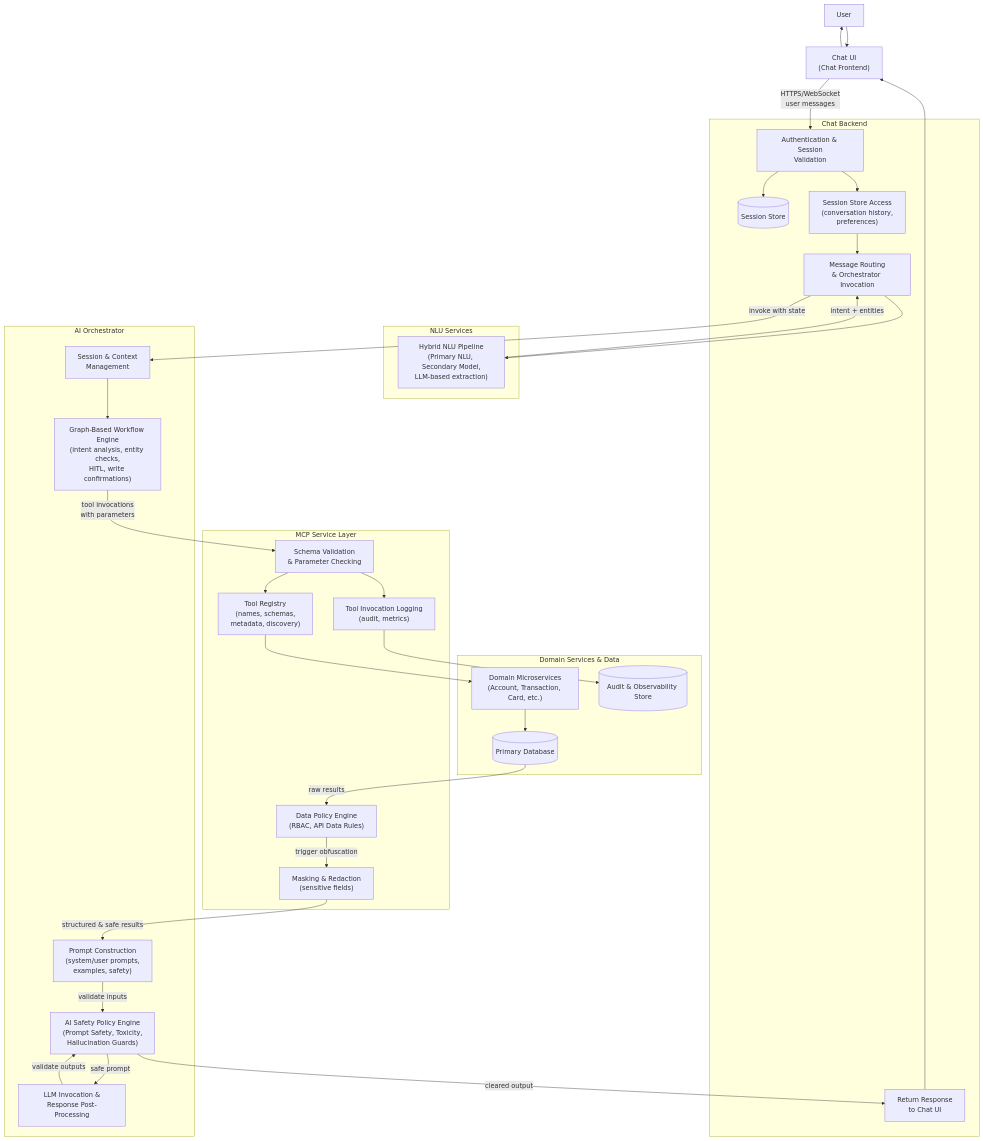
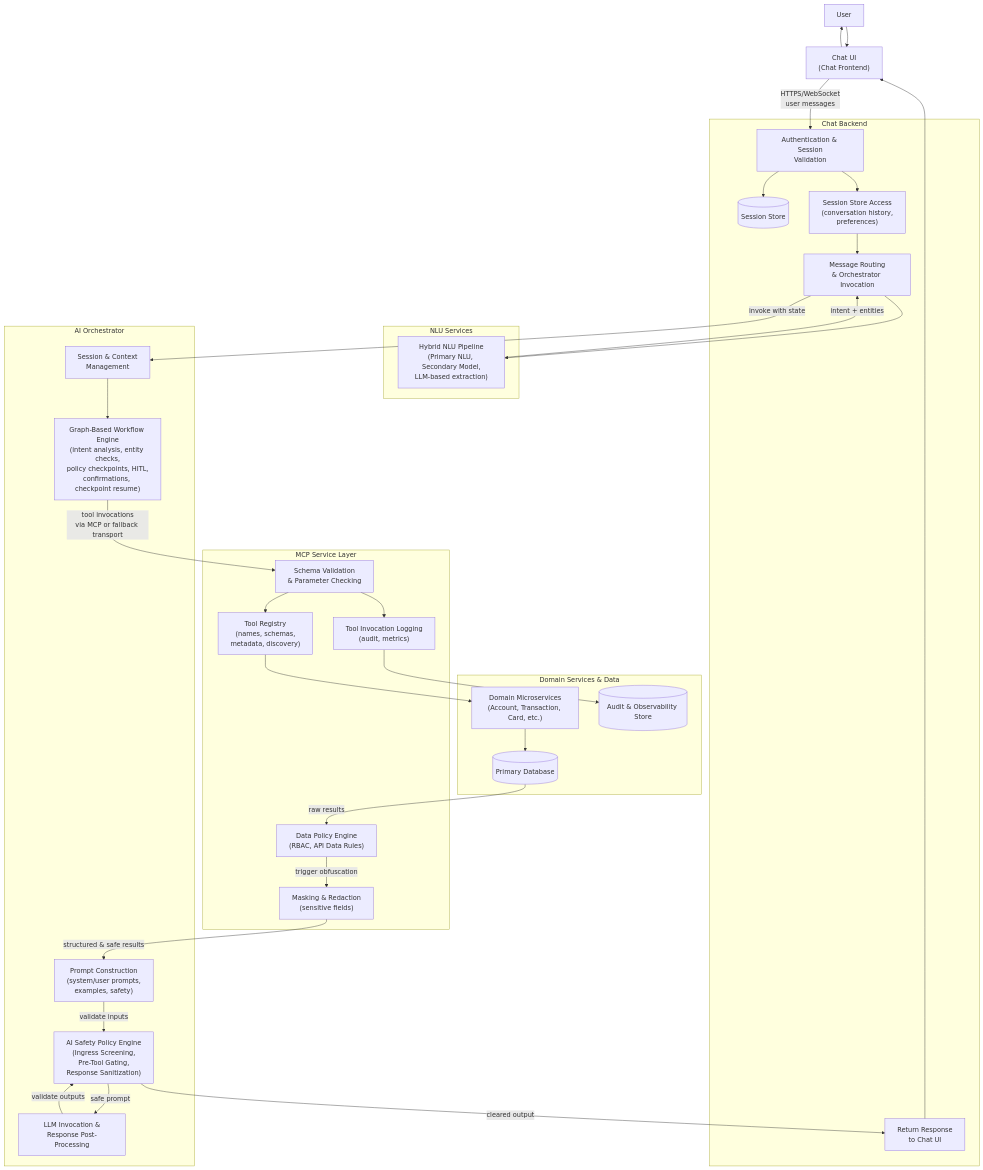
One commit to kishorekota-dev/map_demo changed the first of 3 diagrams in docs/archive/white+paper_banking_chat.md. Above: the diagram before and after it, drawn with Mermaid. The commit also changed other lines of this file and 97 other files, not shown here.

Commit message:
feat: productize platform, add policy engine, and refresh patent package

````diff
--- a/docs/archive/white+paper_banking_chat.md
+++ b/docs/archive/white+paper_banking_chat.md
@@ -80,65 +82,65 @@
 ```mermaid
 flowchart TD
   U[User] --> UI["Chat UI<br/>(Chat Frontend)"]
 
   subgraph Backend["Chat Backend"]
     AUTH["Authentication & Session<br/>Validation"]
     SSTORE[("Session Store")]
     SESS["Session Store Access<br/>(conversation history,<br/>preferences)"]
     ROUTE["Message Routing<br/>& Orchestrator Invocation"]
     OUT["Return Response<br/>to Chat UI"]
   end
 
   subgraph NLULayer["NLU Services"]
     NLU_PIPE["Hybrid NLU Pipeline<br/>(Primary NLU, Secondary Model,<br/>LLM-based extraction)"]
   end
 
   subgraph Orchestrator["AI Orchestrator"]
     CTX["Session & Context<br/>Management"]
-    WF["Graph-Based Workflow Engine<br/>(intent analysis, entity checks,<br/>HITL, write confirmations)"]
+    WF["Graph-Based Workflow Engine<br/>(intent analysis, entity checks,<br/>policy checkpoints, HITL,<br/>confirmations, checkpoint resume)"]
     PROMPTS["Prompt Construction<br/>(system/user prompts,<br/>examples, safety)"]
-    POLICY_AI["AI Safety Policy Engine<br/>(Prompt Safety, Toxicity,<br/>Hallucination Guards)"]
+    POLICY_AI["AI Safety Policy Engine<br/>(Ingress Screening,<br/>Pre-Tool Gating,<br/>Response Sanitization)"]
     RESP["LLM Invocation &<br/>Response Post-Processing"]
   end
 
   subgraph MCP["MCP Service Layer"]
     VAL["Schema Validation<br/>& Parameter Checking"]
     REG["Tool Registry<br/>(names, schemas,<br/>metadata, discovery)"]
     POLICY_MCP["Data Policy Engine<br/>(RBAC, API Data Rules)"]
     MASK["Masking & Redaction<br/>(sensitive fields)"]
     LOG["Tool Invocation Logging<br/>(audit, metrics)"]
   end
 
   subgraph Domain["Domain Services & Data"]
     SVC["Domain Microservices<br/>(Account, Transaction, Card, etc.)"]
     DB[("Primary Database")]
     AUDIT[("Audit & Observability Store")]
   end
 
   UI -->|HTTPS/WebSocket<br/>user messages| AUTH
   AUTH --> SESS
   AUTH --> SSTORE
   SESS --> ROUTE
   ROUTE --> NLU_PIPE
   NLU_PIPE -->|intent + entities| ROUTE
   ROUTE -->|invoke with state| CTX
   CTX --> WF
 
-  WF -->|tool invocations<br/>with parameters| VAL
+  WF -->|tool invocations<br/>via MCP or fallback transport| VAL
   VAL --> REG
   VAL --> LOG
   LOG --> AUDIT
 
   REG --> SVC
   SVC --> DB
   DB -->|raw results| POLICY_MCP
   POLICY_MCP -->|trigger obfuscation| MASK
   MASK -->|structured & safe results| PROMPTS
 
   PROMPTS -->|validate inputs| POLICY_AI
   POLICY_AI -->|safe prompt| RESP
   RESP -->|validate outputs| POLICY_AI
   POLICY_AI -->|cleared output| OUT
   OUT --> UI
   UI --> U
 ```
````
